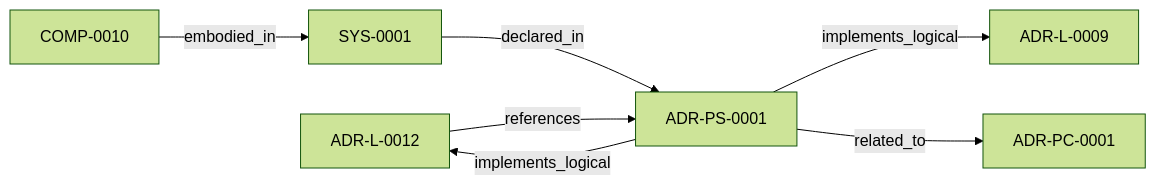
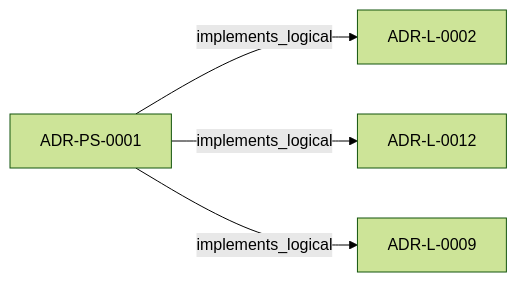
The second of 3 diagrams in adrs/adr-projection/physical-system/ADR-PS-0001-adr-architecture-kit-discovery-and-indexing-system.md (egallmann/adr-architecture-kit), drawn with Mermaid (forest theme) before and after one commit. The commit also changed other lines of this file and 177 other files, not shown here.

````diff
--- a/adrs/adr-projection/physical-system/ADR-PS-0001-adr-architecture-kit-discovery-and-indexing-system.md
+++ b/adrs/adr-projection/physical-system/ADR-PS-0001-adr-architecture-kit-discovery-and-indexing-system.md
@@ -62,15 +42,10 @@
 ```mermaid
 flowchart LR
+  n_019fee89_e615_7f19_810b_c7b33a9d9e0d["ADR-L-0002"]
   n_019fee89_e616_744f_b63e_5ecddf344faa["ADR-L-0012"]
   n_019fee89_e616_770c_a025_2c241a720730["ADR-L-0009"]
-  n_019fee89_e617_7270_ab2f_58a756d2530e["ADR-PC-0001"]
-  n_019fee89_e617_76d8_a333_e21361cd6602["COMP-0010"]
-  n_019fee89_e618_79df_a73f_edc9dead8526["SYS-0001"]
   n_019fee89_e618_7b3e_813b_a449881b6adb["ADR-PS-0001"]
-  n_019fee89_e618_79df_a73f_edc9dead8526 -->|"declared_in"| n_019fee89_e618_7b3e_813b_a449881b6adb
-  n_019fee89_e617_76d8_a333_e21361cd6602 -->|"embodied_in"| n_019fee89_e618_79df_a73f_edc9dead8526
+  n_019fee89_e618_7b3e_813b_a449881b6adb -->|"implements_logical"| n_019fee89_e615_7f19_810b_c7b33a9d9e0d
   n_019fee89_e618_7b3e_813b_a449881b6adb -->|"implements_logical"| n_019fee89_e616_744f_b63e_5ecddf344faa
   n_019fee89_e618_7b3e_813b_a449881b6adb -->|"implements_logical"| n_019fee89_e616_770c_a025_2c241a720730
-  n_019fee89_e616_744f_b63e_5ecddf344faa -->|"references"| n_019fee89_e618_7b3e_813b_a449881b6adb
-  n_019fee89_e618_7b3e_813b_a449881b6adb -->|"related_to"| n_019fee89_e617_7270_ab2f_58a756d2530e
 ```
````
